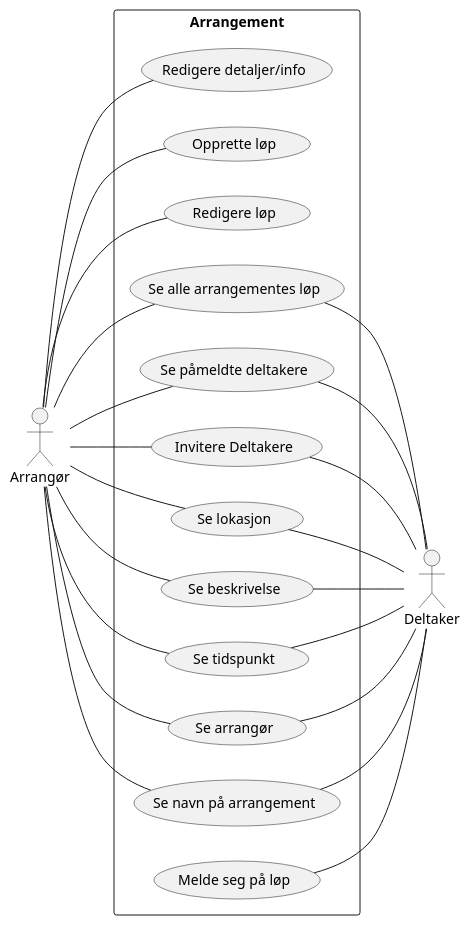
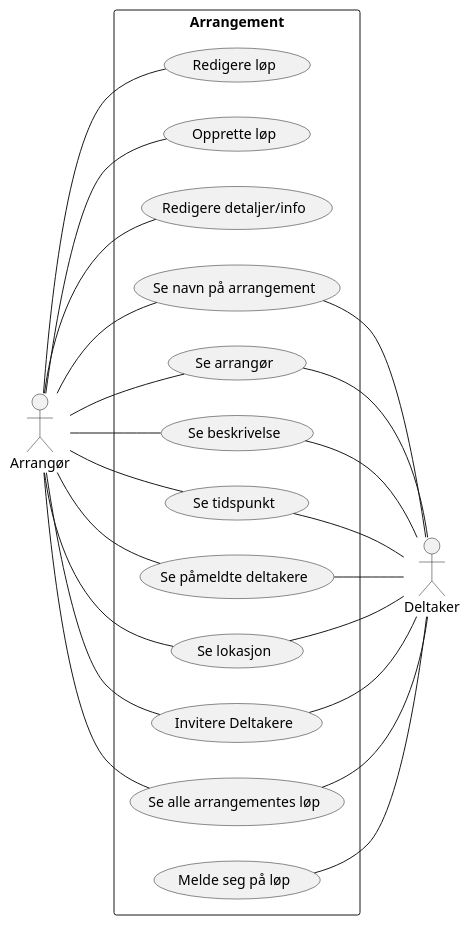
The diagram in diagrammer/use cases/arrangement.puml (GossipDolphin/software_prosjekt_18), drawn with PlantUML before and after one commit.

Commit message:
Satte use casene i mer logisk rekkefølge.

```diff
--- a/diagrammer/use cases/arrangement.puml
+++ b/diagrammer/use cases/arrangement.puml
@@ -1,31 +1,31 @@
  @startuml
 left to right direction
 skinparam packageStyle rectangle
 
 :Arrangør:
 :Deltaker:
 rectangle Arrangement {
 
-Arrangør -up- (Redigere løp)
-Arrangør -up- (Opprette løp)
-Arrangør -up- (Redigere detaljer/info)
-Arrangør -- (Se alle arrangementes løp)
-Arrangør -- (Se påmeldte deltakere)
-Arrangør -- (Invitere Deltakere)
-Arrangør -- (Se lokasjon)
+Arrangør -- (Redigere løp)
+Arrangør -- (Opprette løp)
+Arrangør -- (Redigere detaljer/info)
+Arrangør -- (Se navn på arrangement)
+Arrangør -- (Se arrangør)
 Arrangør -- (Se beskrivelse)
 Arrangør -- (Se tidspunkt)
-Arrangør -- (Se arrangør)
-Arrangør -- (Se navn på arrangement)
+Arrangør -- (Se påmeldte deltakere)
+Arrangør -- (Se lokasjon)
+Arrangør -- (Invitere Deltakere)
+Arrangør -- (Se alle arrangementes løp)
 
 (Se navn på arrangement) -- Deltaker
 (Se arrangør) -- Deltaker
+(Se beskrivelse) -- Deltaker
 (Se tidspunkt) -- Deltaker
 (Se påmeldte deltakere) -- Deltaker
+(Se lokasjon) -- Deltaker
 (Invitere Deltakere) -- Deltaker
 (Se alle arrangementes løp) -- Deltaker
-(Se beskrivelse) -- Deltaker
 (Melde seg på løp) -- Deltaker
-(Se lokasjon) -- Deltaker
 }
  @enduml
```
